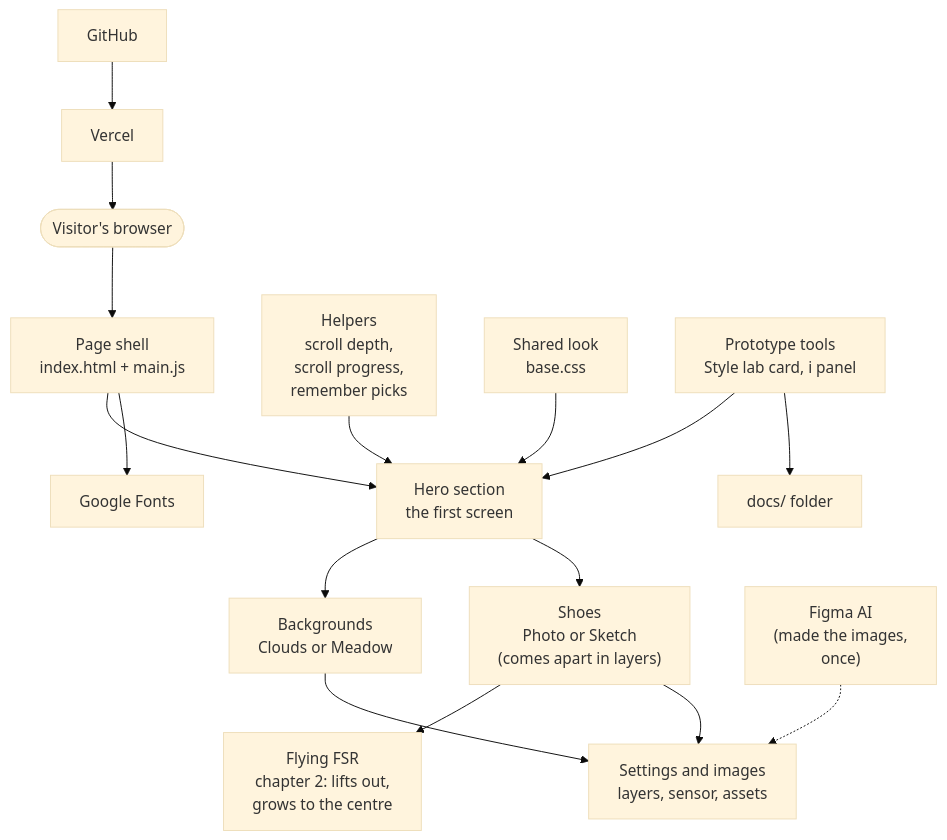
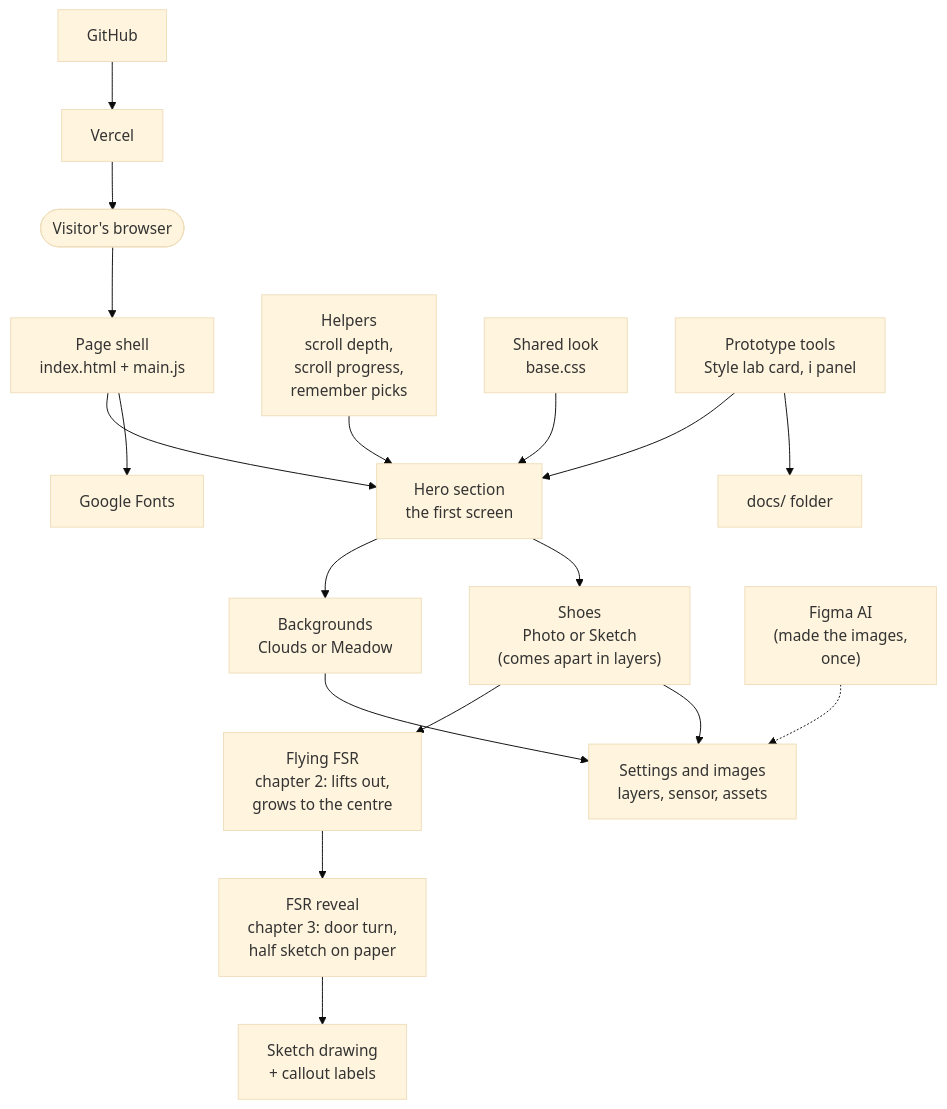
Before and after one commit to Veruzka/magic-shoes-presentation: the diagram in docs/architecture.md, drawn with Mermaid (base theme). The commit also changed other lines of this file and 22 other files, not shown here.

Commit message:
Chapter 3: FSR door turn and half-sketch reveal with callouts; electronics style guide

````diff
--- a/docs/architecture.md
+++ b/docs/architecture.md
@@ -3,32 +3,35 @@
 ```mermaid
 flowchart TD
   visitor(["Visitor's browser"])
   page["Page shell<br/>index.html + main.js"]
   hero["Hero section<br/>the first screen"]
   bg["Backgrounds<br/>Clouds or Meadow"]
   shoe["Shoes<br/>Photo or Sketch<br/>(comes apart in layers)"]
   flight["Flying FSR<br/>chapter 2: lifts out,<br/>grows to the centre"]
+  reveal["FSR reveal<br/>chapter 3: door turn,<br/>half sketch on paper"]
+  sketch["Sketch drawing<br/>+ callout labels"]
   data["Settings and images<br/>layers, sensor, assets"]
   helpers["Helpers<br/>scroll depth,<br/>scroll progress,<br/>remember picks"]
   styles["Shared look<br/>base.css"]
   tools["Prototype tools<br/>Style lab card, i panel"]
   docs["docs/ folder"]
   github["GitHub"]
   vercel["Vercel"]
   fonts["Google Fonts"]
   figma["Figma AI<br/>(made the images,<br/>once)"]
 
   visitor --> page --> hero
   hero --> bg
   hero --> shoe
   shoe --> flight
+  flight --> reveal --> sketch
   bg --> data
   shoe --> data
   helpers --> hero
   styles --> hero
   tools --> hero
   tools --> docs
   page --> fonts
   github --> vercel --> visitor
   figma -.-> data
 ```
````
